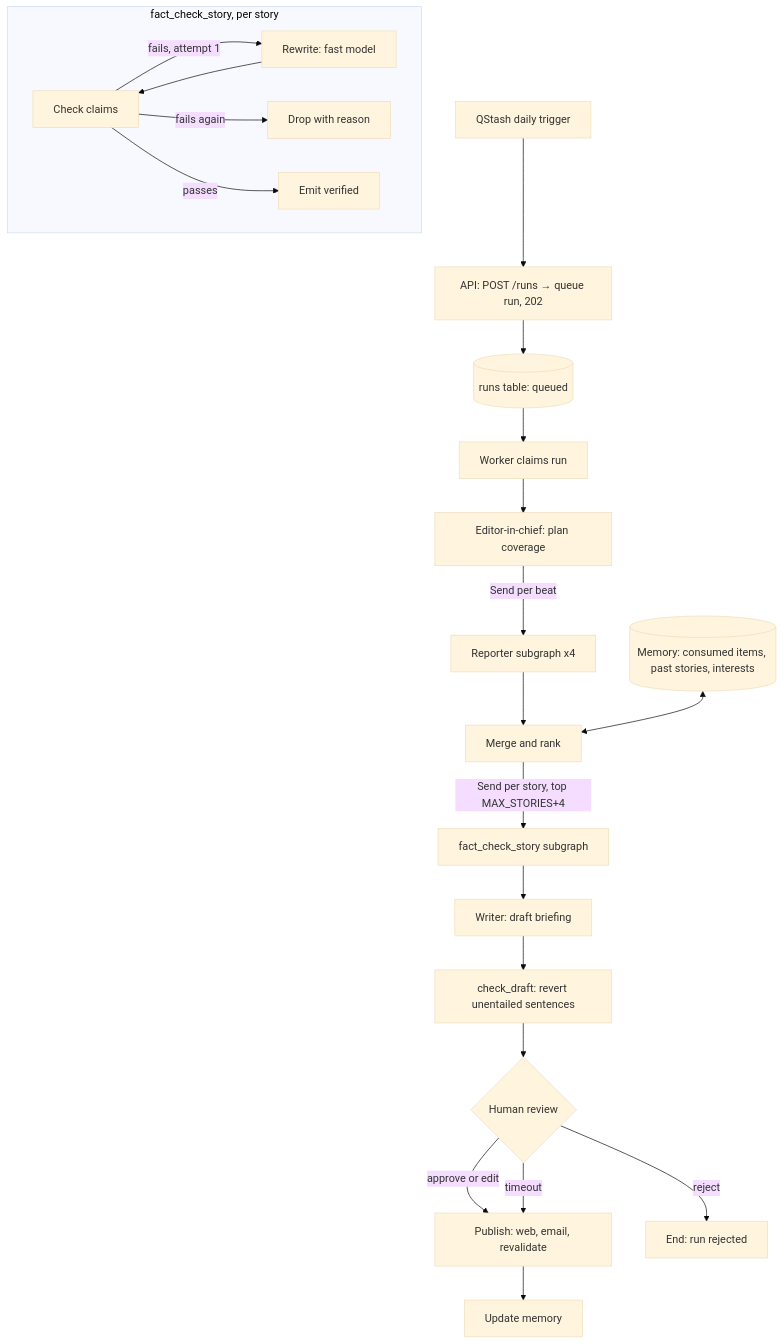
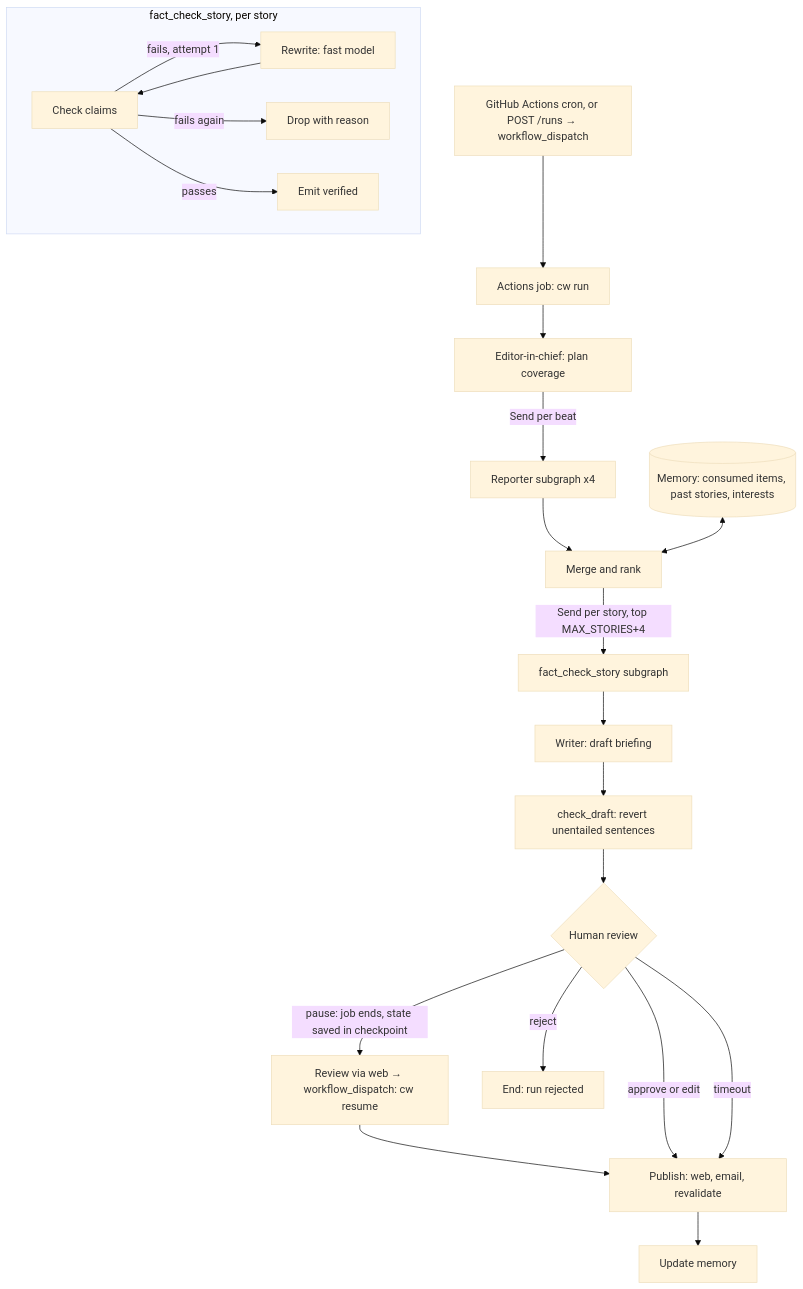
The diagram in PLAN.md (YashKamerkar14/context-window), drawn with Mermaid (base theme) before and after one commit. The commit also changed other lines of this file and 1 other file, not shown here.

Commit message:
Move hosting to free tiers: GitHub Actions runs the newsroom, Vercel hosts web and API

````diff
--- a/PLAN.md
+++ b/PLAN.md
@@ -47,24 +49,24 @@
 ```mermaid
 flowchart TD
-    T[QStash daily trigger] --> A[API: POST /runs → queue run, 202]
-    A --> Q[(runs table: queued)]
-    Q --> WK[Worker claims run]
+    T[GitHub Actions cron, or POST /runs → workflow_dispatch] --> WK[Actions job: cw run]
     WK --> E[Editor-in-chief: plan coverage]
     E -- Send per beat --> R[Reporter subgraph x4]
     R --> M[Merge and rank]
     MEM[(Memory: consumed items, past stories, interests)] <--> M
     M -- Send per story, top MAX_STORIES+4 --> FC[fact_check_story subgraph]
     subgraph FC_SUB [fact_check_story, per story]
       C1[Check claims] -- fails, attempt 1 --> RW[Rewrite: fast model]
       RW --> C1
       C1 -- fails again --> DR[Drop with reason]
       C1 -- passes --> OK[Emit verified]
     end
     FC --> W[Writer: draft briefing]
     W --> CD[check_draft: revert unentailed sentences]
     CD --> H{Human review}
+    H -- pause: job ends, state saved in checkpoint --> RV[Review via web → workflow_dispatch: cw resume]
+    RV --> P
     H -- approve or edit --> P[Publish: web, email, revalidate]
     H -- timeout --> P
     H -- reject --> X[End: run rejected]
     P --> U[Update memory]
 ```
````
